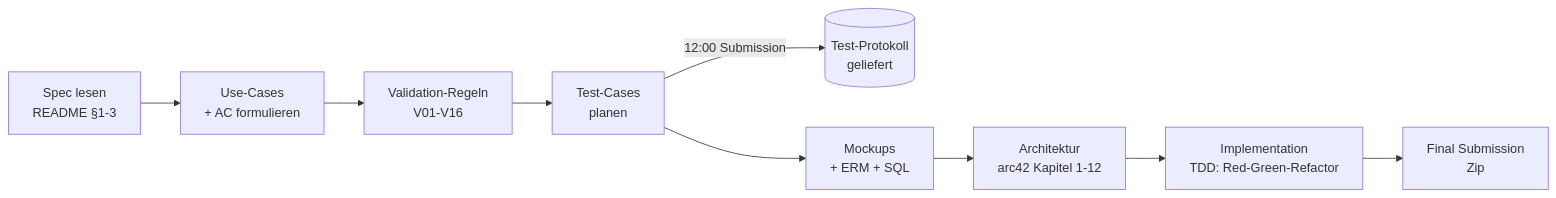
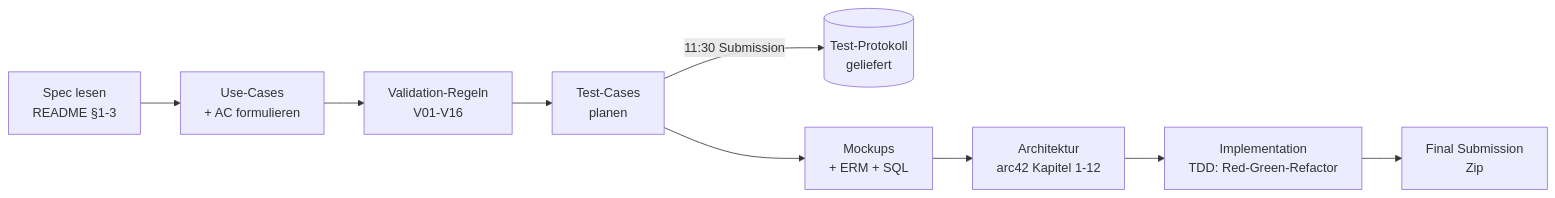
The second of 2 diagrams in docs/arc42/04-solution-strategy.md (Tim-Fischer-zh/skillsbattle), drawn with Mermaid before and after one commit. The commit also changed 50 other files, not shown here.

````diff
--- a/docs/arc42/04-solution-strategy.md
+++ b/docs/arc42/04-solution-strategy.md
@@ -112,11 +112,11 @@
 ```mermaid
 flowchart LR
     A[Spec lesen<br/>README §1-3] --> B[Use-Cases<br/>+ AC formulieren]
     B --> C[Validation-Regeln<br/>V01-V16]
     C --> D[Test-Cases<br/>planen]
-    D -->|12:00 Submission| E[(Test-Protokoll<br/>geliefert)]
+    D -->|11:30 Submission| E[(Test-Protokoll<br/>geliefert)]
     D --> F[Mockups<br/>+ ERM + SQL]
     F --> G[Architektur<br/>arc42 Kapitel 1-12]
     G --> H[Implementation<br/>TDD: Red-Green-Refactor]
     H --> I[Final Submission<br/>Zip]
 ```
````
